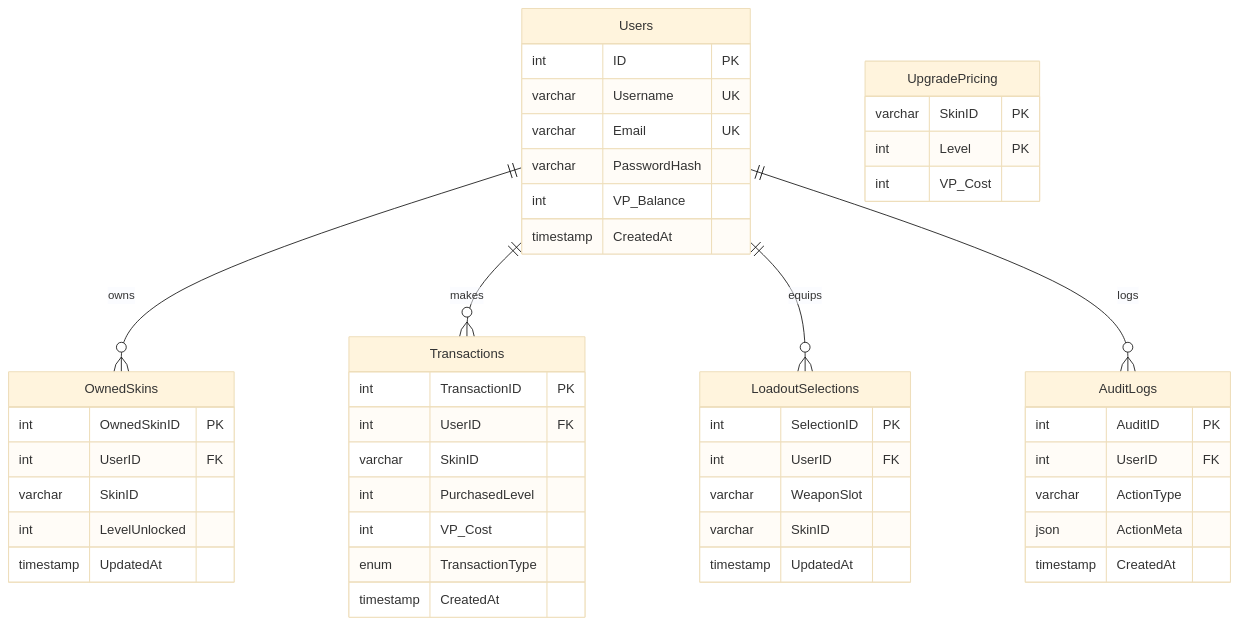
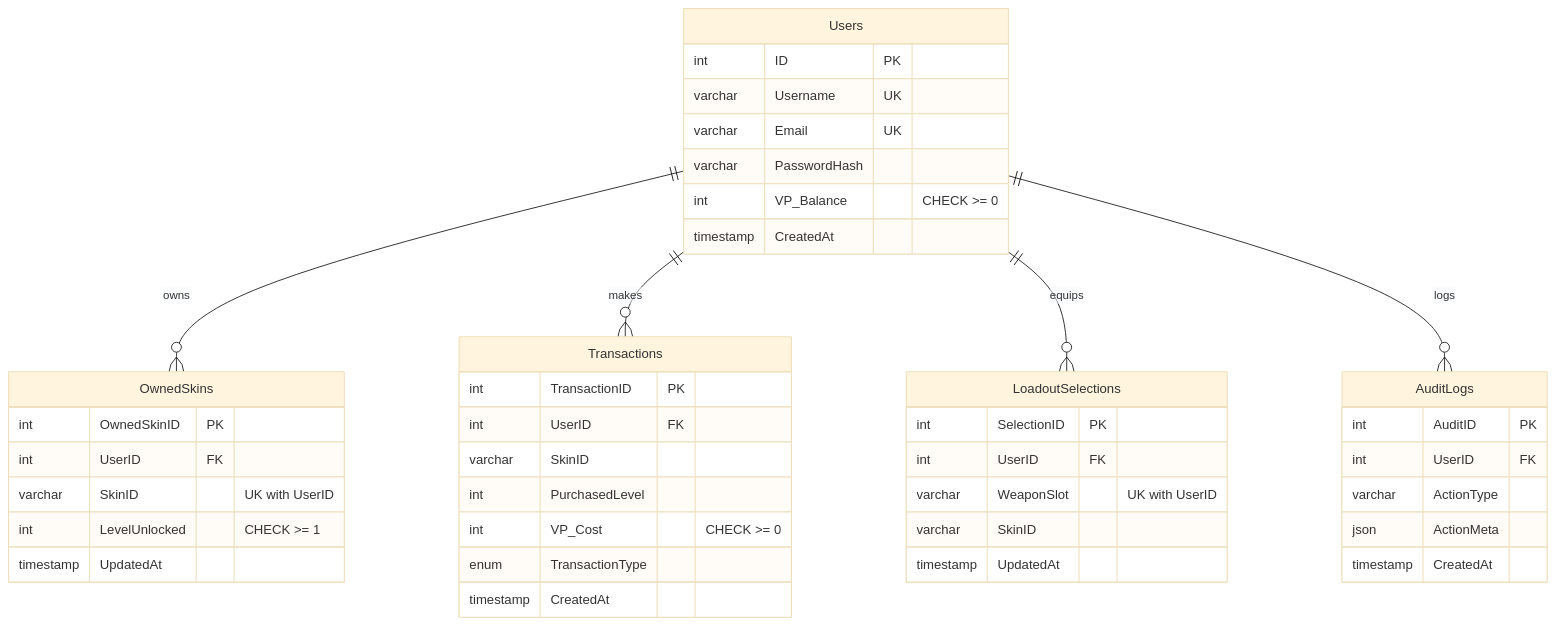
One commit to CoLuMOR-DEV/valecom changed the diagram in sql/ERD.md. Above: the diagram before and after it, drawn with Mermaid (base theme). The commit also changed other lines of this file, not shown here.

Commit message:
Update ERD to reflect ACID schema and DB logic

````diff
--- a/sql/ERD.md
+++ b/sql/ERD.md
@@ -3,56 +3,50 @@
 ```mermaid
 erDiagram
     Users ||--o{ OwnedSkins : owns
     Users ||--o{ Transactions : makes
     Users ||--o{ LoadoutSelections : equips
     Users ||--o{ AuditLogs : logs
 
     Users {
       int ID PK
       varchar Username UK
       varchar Email UK
       varchar PasswordHash
-      int VP_Balance
+      int VP_Balance "CHECK >= 0"
       timestamp CreatedAt
     }
 
     OwnedSkins {
       int OwnedSkinID PK
       int UserID FK
-      varchar SkinID
-      int LevelUnlocked
+      varchar SkinID "UK with UserID"
+      int LevelUnlocked "CHECK >= 1"
       timestamp UpdatedAt
     }
 
     Transactions {
       int TransactionID PK
       int UserID FK
       varchar SkinID
       int PurchasedLevel
-      int VP_Cost
+      int VP_Cost "CHECK >= 0"
       enum TransactionType
       timestamp CreatedAt
     }
 
     LoadoutSelections {
       int SelectionID PK
       int UserID FK
-      varchar WeaponSlot
+      varchar WeaponSlot "UK with UserID"
       varchar SkinID
       timestamp UpdatedAt
     }
 
     AuditLogs {
       int AuditID PK
       int UserID FK
       varchar ActionType
       json ActionMeta
       timestamp CreatedAt
     }
-
-    UpgradePricing {
-      varchar SkinID PK
-      int Level PK
-      int VP_Cost
-    }
 ```
````
